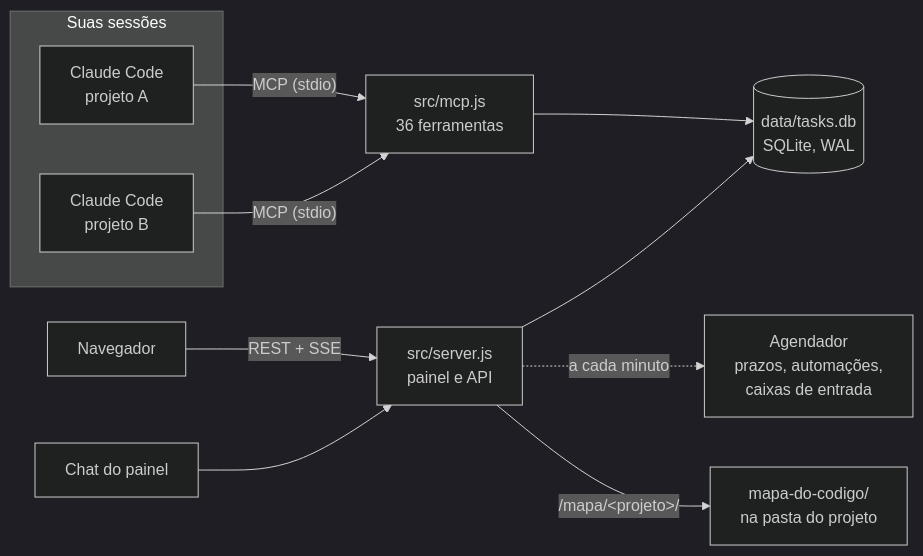
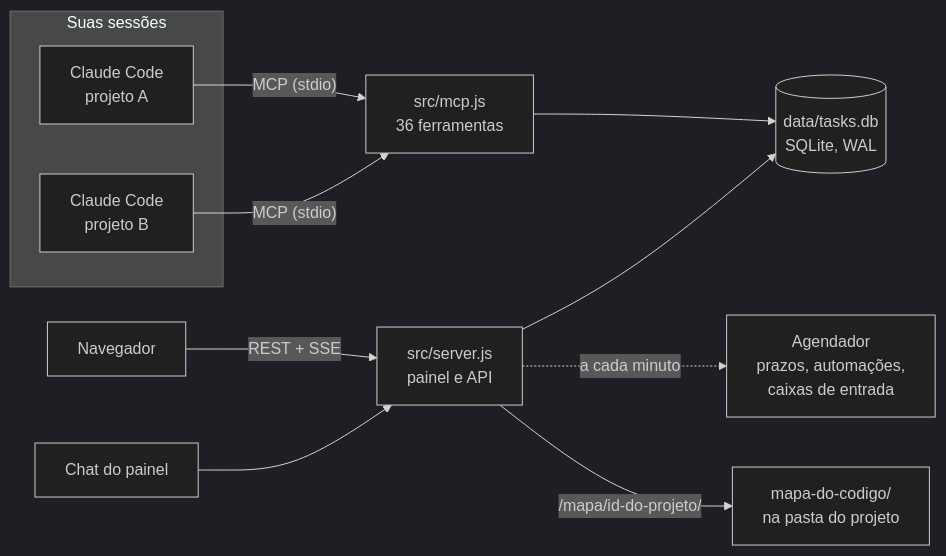
Before and after one commit to editzffaleta/claude-tasks: the diagram in README.md, drawn with Mermaid (dark theme).

Commit message:
README: rótulo do diagrama sem os sinais que o GitHub remove

````diff
--- a/README.md
+++ b/README.md
@@ -291,15 +291,15 @@
 ```mermaid
 flowchart LR
     subgraph S["Suas sessões"]
         A["Claude Code<br/>projeto A"]
         B["Claude Code<br/>projeto B"]
     end
     A -- "MCP (stdio)" --> M["src/mcp.js<br/>36 ferramentas"]
     B -- "MCP (stdio)" --> M
     N["Navegador"] -- "REST + SSE" --> W["src/server.js<br/>painel e API"]
     C["Chat do painel"] --> W
     M --> D[("data/tasks.db<br/>SQLite, WAL")]
     W --> D
     W -. "a cada minuto" .-> T["Agendador<br/>prazos, automações,<br/>caixas de entrada"]
-    W -- "/mapa/&lt;projeto&gt;/" --> P["mapa-do-codigo/<br/>na pasta do projeto"]
+    W -- "/mapa/id-do-projeto/" --> P["mapa-do-codigo/<br/>na pasta do projeto"]
 ```
````
